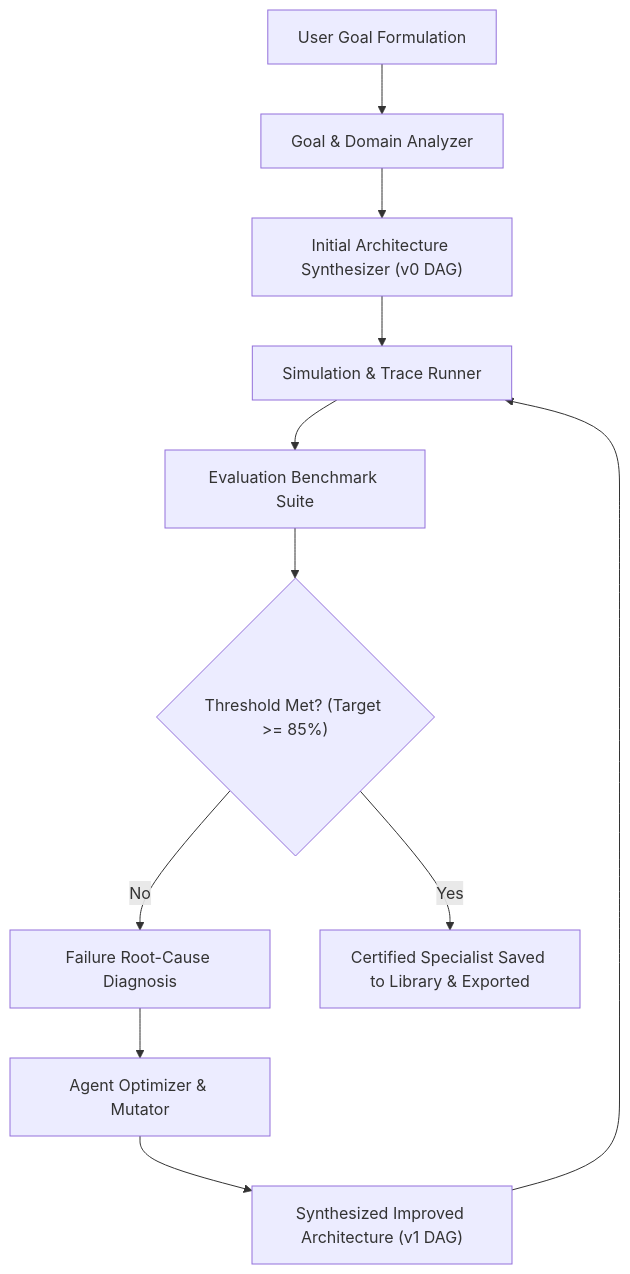
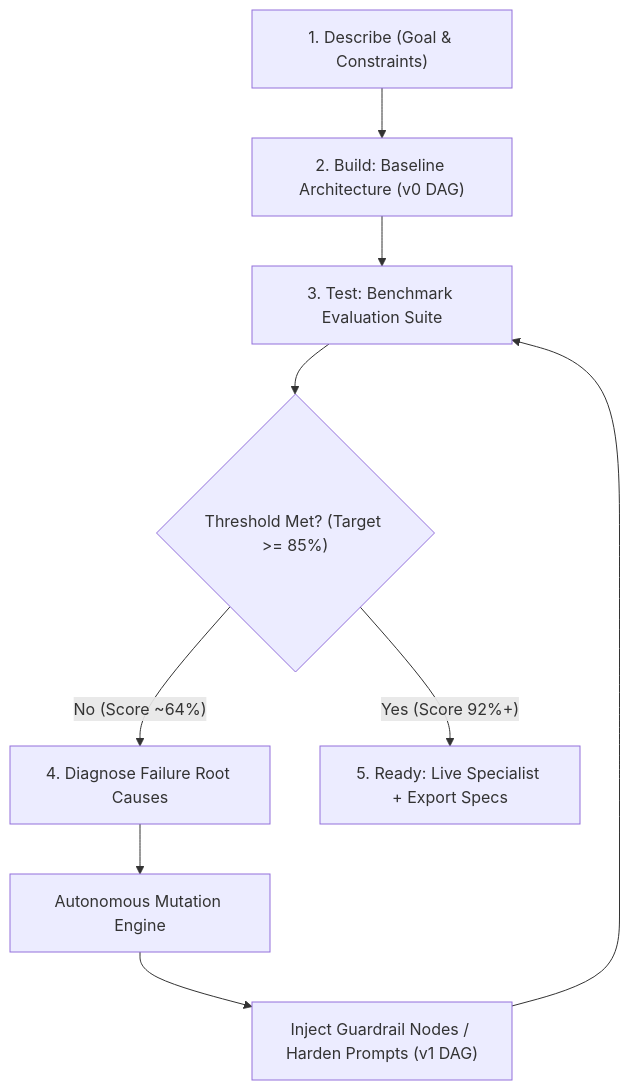
The diagram in README.md (jugniG/openbot), drawn with Mermaid before and after one commit. The commit also changed other lines of this file and 33 other files, not shown here.

First line of the commit message:
feat(studio): autonomous agent engineering loop with vertical canvas, secrets vault, and live execution

````diff
--- a/README.md
+++ b/README.md
@@ -13,13 +41,11 @@
 ```mermaid
 graph TD
-    A["User Goal Formulation"] --> B["Goal & Domain Analyzer"]
-    B --> C["Initial Architecture Synthesizer (v0 DAG)"]
-    C --> D["Simulation & Trace Runner"]
-    D --> E["Evaluation Benchmark Suite"]
-    E --> F{"Threshold Met? (Target >= 85%)"}
-    F -- No --> G["Failure Root-Cause Diagnosis"]
-    G --> H["Agent Optimizer & Mutator"]
-    H --> C2["Synthesized Improved Architecture (v1 DAG)"]
-    C2 --> D
-    F -- Yes --> I["Certified Specialist Saved to Library & Exported"]
+    A["1. Describe (Goal & Constraints)"] --> B["2. Build: Baseline Architecture (v0 DAG)"]
+    B --> C["3. Test: Benchmark Evaluation Suite"]
+    C --> D{"Threshold Met? (Target >= 85%)"}
+    D -- No (Score ~64%) --> E["4. Diagnose Failure Root Causes"]
+    E --> F["Autonomous Mutation Engine"]
+    F --> G["Inject Guardrail Nodes / Harden Prompts (v1 DAG)"]
+    G --> C
+    D -- Yes (Score 92%+) --> H["5. Ready: Live Specialist + Export Specs"]
 ```
````
